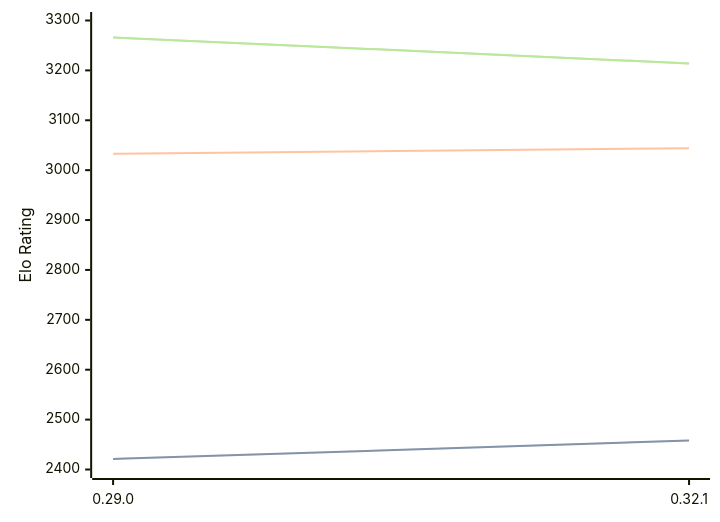
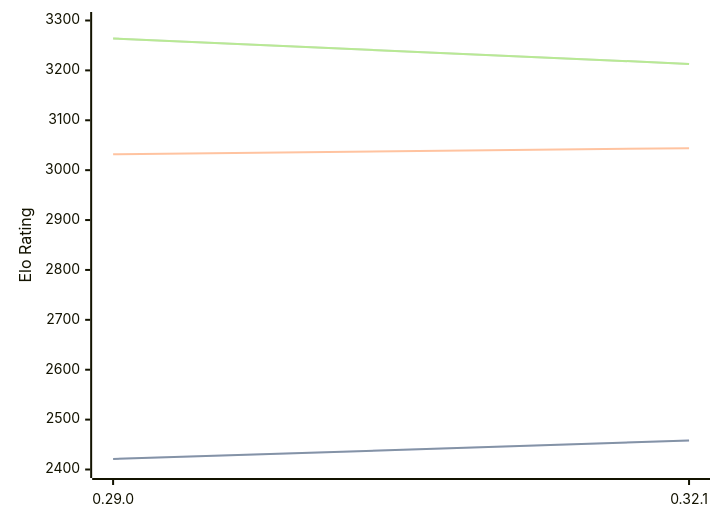
One commit to computer-chess-index/cci changed the diagram in engines/Lc0.md. Above: the diagram before and after it, drawn with Mermaid. The commit also changed other lines of this file, not shown here.

Commit message:
Update CCI Ratings (ELO VLTC) - 2026-04-26

````diff
--- a/engines/Lc0.md
+++ b/engines/Lc0.md
@@ -68,11 +68,11 @@
 ```mermaid
 %%{init: {"theme":"base","themeVariables":{"seriesColors:['#a3a3a3','#222221','#faa371']}}}%%
 xychart-beta
   x-axis ["0.29.0", "0.32.1"]
   y-axis "Elo Rating" 2400 --> 3300
   line "STC (8.0+0.08s)" [2421, 2458]
   line "STC (8.0+0.08s)" [2421, 2458]
-  line "LTC (60.0+0.60s)" [3033, 3044]
-  line "VLTC (2m24s+1.12s)" [3266, 3214]
-  line "VLTC (2m24s+1.12s)" [3266, 3214]
+  line "LTC (60.0+0.60s)" [3032, 3044]
+  line "VLTC (2m24s+1.12s)" [3264, 3213]
+  line "VLTC (2m24s+1.12s)" [3264, 3213]
 ```
````
